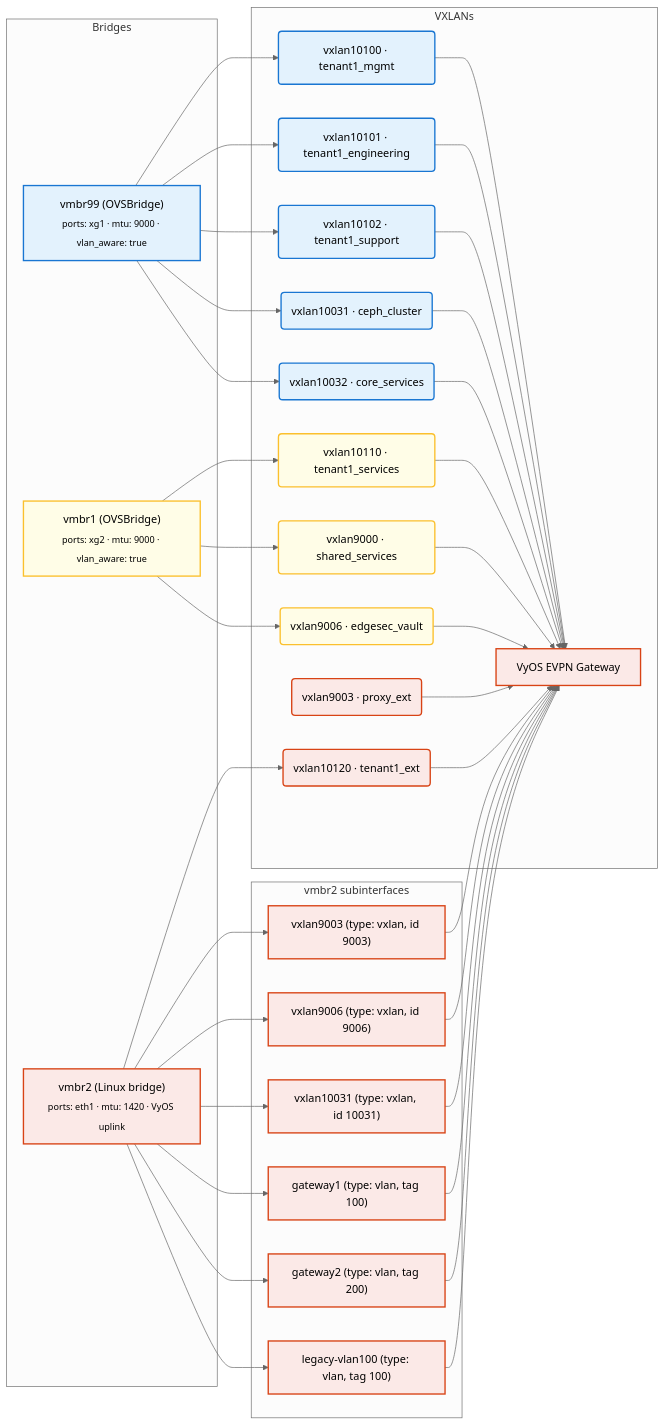
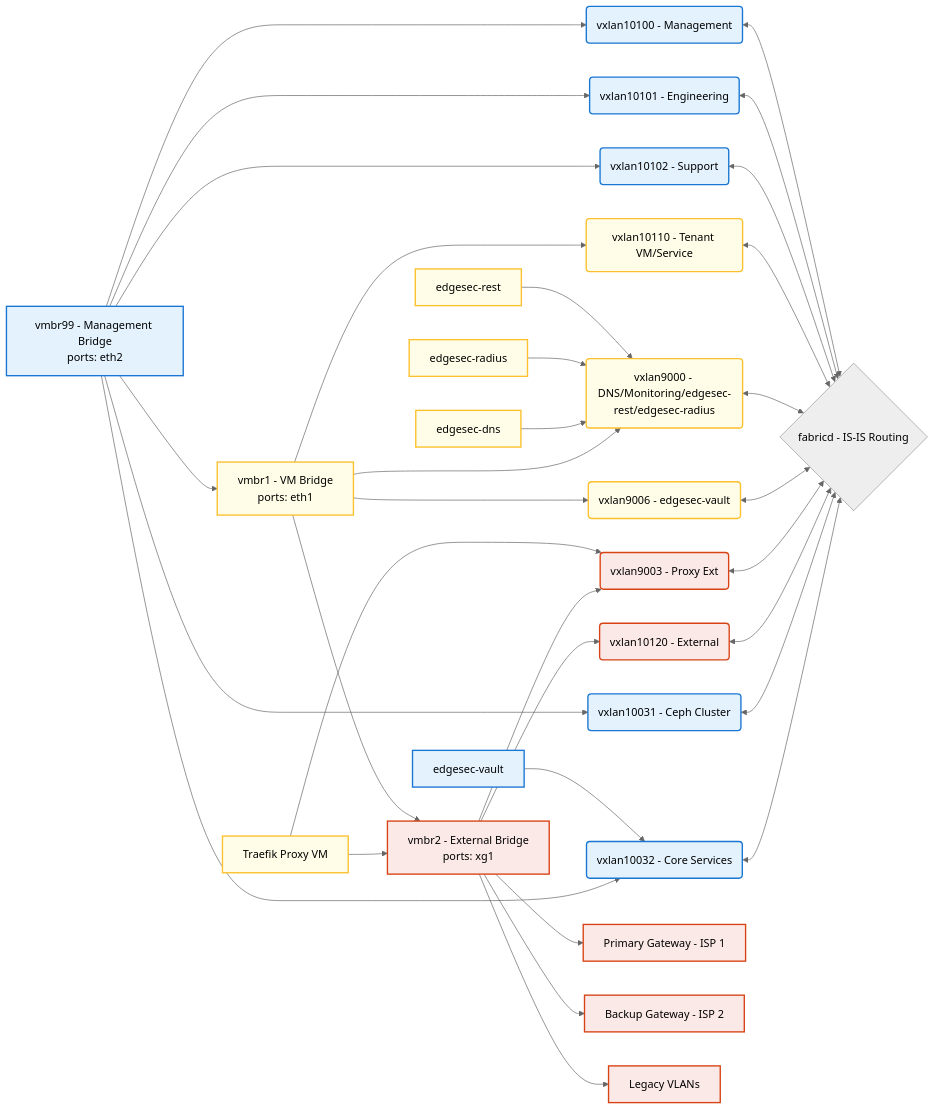
One commit to CEP-Comwell/proxmox_addons changed the first of 4 diagrams in README.md. Above: the diagram before and after it, drawn with Mermaid (neutral theme).

Commit message:
updated README.md with latest mermaid diagram

````diff
--- a/README.md
+++ b/README.md
@@ -20,82 +20,90 @@
 ```mermaid
 graph LR
 
-%% Inventory-driven bridge definitions (bridges[] in group_vars/host_vars)
-subgraph Bridges
-	MgmtBridge["vmbr99 (OVSBridge)<br><sub>ports: xg1 · mtu: 9000 · vlan_aware: true</sub>"]
-	VMBridge["vmbr1 (OVSBridge)<br><sub>ports: xg2 · mtu: 9000 · vlan_aware: true</sub>"]
-	ExtBridge["vmbr2 (Linux bridge)<br><sub>ports: eth1 · mtu: 1420 · VyOS uplink</sub>"]
-end
+	%% Bridges (ordered left to right)
+	MgmtBridge[vmbr99 - Management Bridge\nports: eth2]
+	VMBridge[vmbr1 - VM Bridge\nports: eth1]
+	ExtBridge[vmbr2 - External Bridge\nports: xg1]
 
-%% VLAN/VXLAN attachments realized via subinterfaces on vmbr2
-subgraph vmbr2_subinterfaces[vmbr2 subinterfaces]
-	Gateway1["gateway1 (type: vlan, tag 100)"]
-	Gateway2["gateway2 (type: vlan, tag 200)"]
-	LegacyVLAN["legacy-vlan100 (type: vlan, tag 100)"]
-	VX10031Ifc["vxlan10031 (type: vxlan, id 10031)"]
-	VX9003Ifc["vxlan9003 (type: vxlan, id 9003)"]
-	VX9006Ifc["vxlan9006 (type: vxlan, id 9006)"]
-end
+	%% Services
+	VaultVM[edgesec-vault]
+	RestVM[edgesec-rest]
+	RadiusVM[edgesec-radius]
+	DNSVM[edgesec-dns]
+	ProxyVM[Traefik Proxy VM]
 
-%% Overlay VNIs consumed by SDN fabric (sdn_vni_plan)
-subgraph VXLANs
-	VX10100(vxlan10100 · tenant1_mgmt)
-	VX10101(vxlan10101 · tenant1_engineering)
-	VX10102(vxlan10102 · tenant1_support)
-	VX10031(vxlan10031 · ceph_cluster)
-	VX10032(vxlan10032 · core_services)
-	VX10110(vxlan10110 · tenant1_services)
-	VX9000(vxlan9000 · shared_services)
-	VX9006(vxlan9006 · edgesec_vault)
-	VX9003(vxlan9003 · proxy_ext)
-	VX10120(vxlan10120 · tenant1_ext)
-	VyOSGW[VyOS EVPN Gateway]
-end
+	%% Overlays
+	VX10100(vxlan10100 - Management)
+	VX10101(vxlan10101 - Engineering)
+	VX10102(vxlan10102 - Support)
+	VX10110(vxlan10110 - Tenant VM/Service)
+	VX9000(vxlan9000 - DNS/Monitoring/edgesec-rest/edgesec-radius)
+	VX9006(vxlan9006 - edgesec-vault)
+	VX9003(vxlan9003 - Proxy Ext)
+	VX10120(vxlan10120 - External)
+	VXCEPH2(vxlan10031 - Ceph Cluster)
+	VX10032(vxlan10032 - Core Services)
 
-%% Bridge to VNI relationships
-MgmtBridge --> VX10100
-MgmtBridge --> VX10101
-MgmtBridge --> VX10102
-MgmtBridge --> VX10031
-MgmtBridge --> VX10032
+	Gateway1[Primary Gateway - ISP 1]
+	Gateway2[Backup Gateway - ISP 2]
+	LegacyVLAN[Legacy VLANs]
 
-VMBridge --> VX10110
-VMBridge --> VX9000
-VMBridge --> VX9006
+	Fabricd{fabricd - IS-IS Routing}
 
-ExtBridge --> VX10120
-ExtBridge --> VX9003Ifc
-ExtBridge --> VX9006Ifc
-ExtBridge --> VX10031Ifc
-ExtBridge --> Gateway1
-ExtBridge --> Gateway2
-ExtBridge --> LegacyVLAN
+	%% Explicit bridge ordering
+	MgmtBridge --> VMBridge --> ExtBridge
 
-%% vmbr2 subinterfaces feeding VyOS / SDN fabric
-Gateway1 --> VyOSGW
-Gateway2 --> VyOSGW
-LegacyVLAN --> VyOSGW
-VX10031Ifc --> VyOSGW
-VX9003Ifc --> VyOSGW
-VX9006Ifc --> VyOSGW
+	%% Service VMs to overlays (all on vmbr1 except vault)
+	VaultVM --> VX10032
+	RestVM --> VX9000
+	RadiusVM --> VX9000
+	DNSVM --> VX9000
+	ProxyVM --> VX9003
+	ProxyVM --> ExtBridge
+	%% Core Services VXLAN (new)
+	MgmtBridge --> VX10032
 
-%% SDN fabric VNIs terminate on VyOS as the EVPN gateway
-VX10100 --> VyOSGW
-VX10101 --> VyOSGW
-VX10102 --> VyOSGW
-VX10110 --> VyOSGW
-VX9000 --> VyOSGW
-VX9006 --> VyOSGW
-VX9003 --> VyOSGW
-VX10120 --> VyOSGW
-VX10031 --> VyOSGW
-VX10032 --> VyOSGW
+	%% VM Bridge overlays (tenant/service and core services)
+	VMBridge --> VX10110
+	VMBridge --> VX9000
+	VMBridge --> VX9006
 
-%% Color coding
-classDef mgmt fill:#e3f2fd,stroke:#1976d2,stroke-width:2px;
-classDef vm fill:#fffde7,stroke:#fbc02d,stroke-width:2px;
-classDef ext fill:#fbe9e7,stroke:#d84315,stroke-width:2px;
-class MgmtBridge,VX10100,VX10101,VX10102,VX10031,VX10032 mgmt;
-class VMBridge,VX10110,VX9000,VX9006 vm;
-class ExtBridge,Gateway1,Gateway2,LegacyVLAN,VX10031Ifc,VX9003Ifc,VX9006Ifc,VX9003,VX10120,VyOSGW ext;
+	%% Management Bridge overlays (management, engineering, support, storage)
+	MgmtBridge --> VX10100
+	MgmtBridge --> VX10101
+	MgmtBridge --> VX10102
+	MgmtBridge --> VXCEPH2
+
+	%% VXLANs to fabricd (bi-directional)
+	VX10100 <--> Fabricd
+	VX10101 <--> Fabricd
+	VX10102 <--> Fabricd
+	VX10110 <--> Fabricd
+	VX9000 <--> Fabricd
+	VX9006 <--> Fabricd
+	VX9003 <--> Fabricd
+	VX10120 <--> Fabricd
+	VXCEPH2 <--> Fabricd
+	VX10032 <--> Fabricd
+
+	%% External Bridge overlays (external, proxy_ext)
+	ExtBridge --> VX9003
+	ExtBridge --> VX10120
+
+	%% External Bridge to Gateways
+	ExtBridge --> Gateway1
+	ExtBridge --> Gateway2
+
+	%% External Bridge to Legacy VLANs
+	ExtBridge --> LegacyVLAN
+
+	%% Custom bridge colors
+	classDef mgmt fill:#e3f2fd,stroke:#1976d2,stroke-width:2px;
+	classDef vm fill:#fffde7,stroke:#fbc02d,stroke-width:2px;
+	classDef ext fill:#fbe9e7,stroke:#d84315,stroke-width:2px;
+	classDef proxy fill:#e8f5e9,stroke:#388e3c,stroke-width:2px;
+
+	class MgmtBridge,VaultVM,VX10100,VX10101,VX10102,VXCEPH2,VX10032 mgmt;
+	class VMBridge,RestVM,RadiusVM,DNSVM,ProxyVM,VX10110,VX9000,VX9006 vm;
+	class ExtBridge,Gateway1,Gateway2,LegacyVLAN,VX9003,VX10120 ext;
 ```
````
